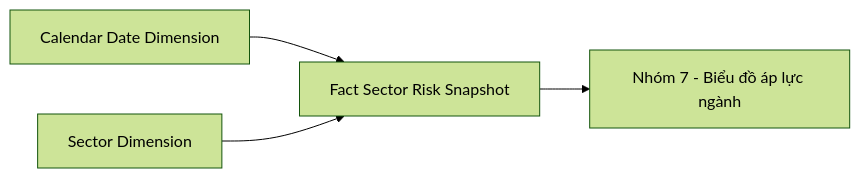
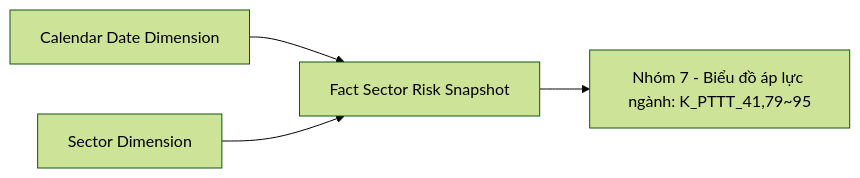
Before and after one commit to linhlvit/ubck_atomic_design: diagram 22 of 51 in Datamart/hld/DTM_PTTT_HLD.md, drawn with Mermaid (forest theme). The commit also changed other lines of this file and 11 other files, not shown here.

````diff
--- a/Datamart/hld/DTM_PTTT_HLD.md
+++ b/Datamart/hld/DTM_PTTT_HLD.md
@@ -998,10 +985,6 @@
 ```mermaid
 flowchart LR
-    fct_sctr_rsk_snpst["Fact Sector Risk Snapshot"]
-    cdr_dt_dim["Calendar Date Dimension"]
-    sctr_dim["Sector Dimension"]
-    rpt_nhom7["Nhóm 7 - Biểu đồ áp lực ngành"]
-    cdr_dt_dim --> fct_sctr_rsk_snpst
-    sctr_dim --> fct_sctr_rsk_snpst
-    fct_sctr_rsk_snpst --> rpt_nhom7
+    fct_sctr_rsk_snpst["Fact Sector Risk Snapshot"] --> rpt_nhom7["Nhóm 7 - Biểu đồ áp lực ngành: K_PTTT_41,79~95"]
+    cdr_dt_dim["Calendar Date Dimension"] --> fct_sctr_rsk_snpst
+    sctr_dim["Sector Dimension"] --> fct_sctr_rsk_snpst
 ```
````
